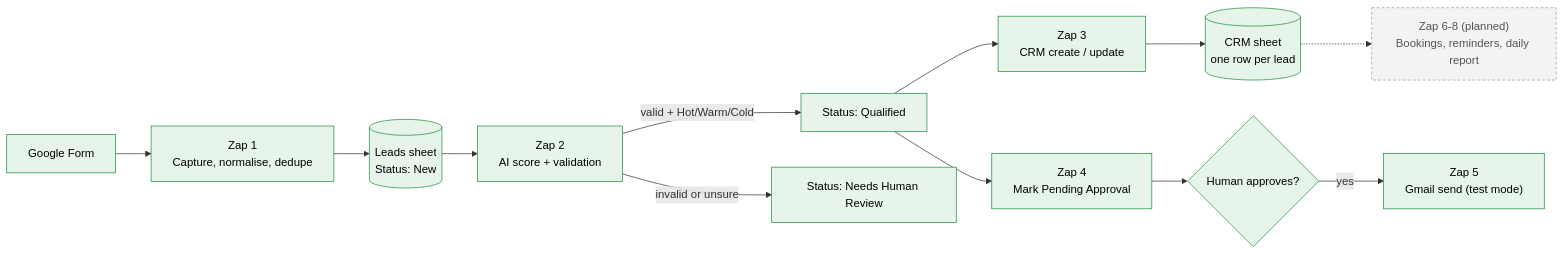
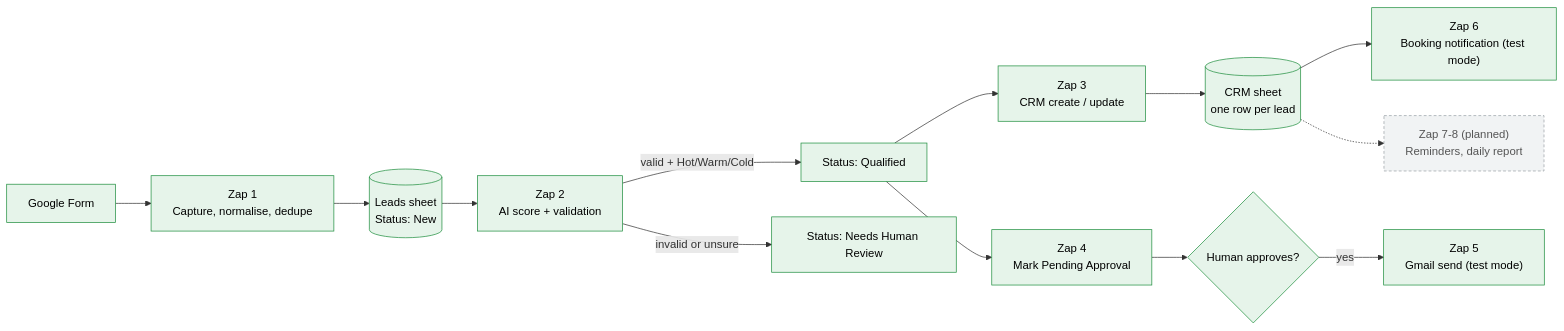
One commit to ara-5/AI-Sales-Lead-Conversion-Automation changed the diagram in README.md. Above: the diagram before and after it, drawn with Mermaid. The commit also changed other lines of this file and 3 other files, not shown here.

First line of the commit message:
Zap 6 live in test mode: record TC-19 pass, update status, badge and diagram

````diff
--- a/README.md
+++ b/README.md
@@ -17,18 +17,19 @@
 ```mermaid
 flowchart LR
   F[Google Form] --> Z1["Zap 1<br/>Capture, normalise, dedupe"]
   Z1 --> L[("Leads sheet<br/>Status: New")]
   L --> Z2["Zap 2<br/>AI score + validation"]
   Z2 -->|valid + Hot/Warm/Cold| Q["Status: Qualified"]
   Z2 -->|invalid or unsure| H["Status: Needs Human Review"]
   Q --> Z3["Zap 3<br/>CRM create / update"]
   Z3 --> C[("CRM sheet<br/>one row per lead")]
   Q --> Z4["Zap 4<br/>Mark Pending Approval"]
   Z4 --> A{Human approves?}
   A -->|yes| G["Zap 5<br/>Gmail send (test mode)"]
-  C -.-> Z78["Zap 6-8 (planned)<br/>Bookings, reminders, daily report"]
+  C --> Z6["Zap 6<br/>Booking notification (test mode)"]
+  C -.-> Z78["Zap 7-8 (planned)<br/>Reminders, daily report"]
   classDef live fill:#e6f4ea,stroke:#1e8e3e,color:#000;
   classDef planned fill:#f1f3f4,stroke:#9aa0a6,color:#555,stroke-dasharray: 4 3;
-  class F,Z1,L,Z2,Q,H,Z3,C,Z4,A,G live;
+  class F,Z1,L,Z2,Q,H,Z3,C,Z4,A,G,Z6 live;
   class Z78 planned;
 ```
````
